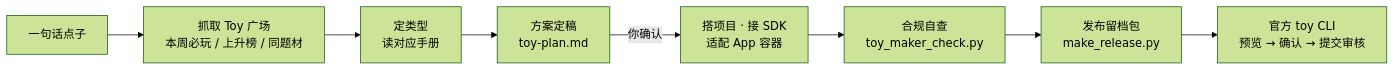
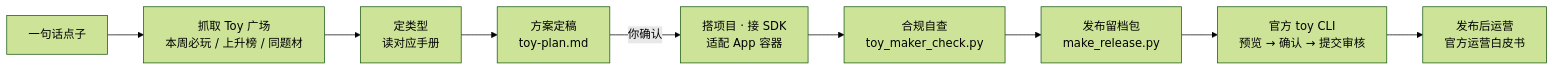
The diagram in README.md (Olivia295/toy-maker), drawn with Mermaid (forest theme) before and after one commit. The commit also changed other lines of this file and 10 other files, not shown here.

````diff
--- a/README.md
+++ b/README.md
@@ -158,10 +158,11 @@
 ```mermaid
 flowchart LR
     A[一句话点子] --> B[抓取 Toy 广场<br>本周必玩 / 上升榜 / 同题材]
     B --> C[定类型<br>读对应手册]
     C --> D[方案定稿<br>toy-plan.md]
     D -->|你确认| E[搭项目 · 接 SDK<br>适配 App 容器]
     E --> F[合规自查<br>toy_maker_check.py]
     F --> G[发布留档包<br>make_release.py]
     G --> H[官方 toy CLI<br>预览 → 确认 → 提交审核]
+    H --> I[发布后运营<br>官方运营白皮书]
 ```
````
